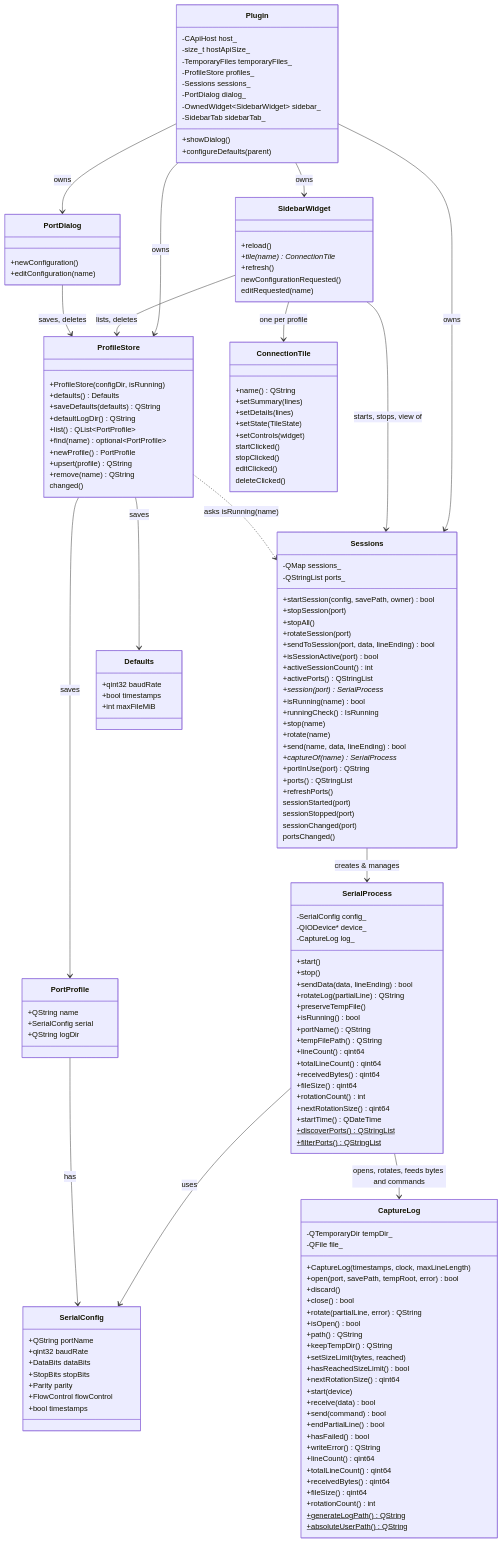
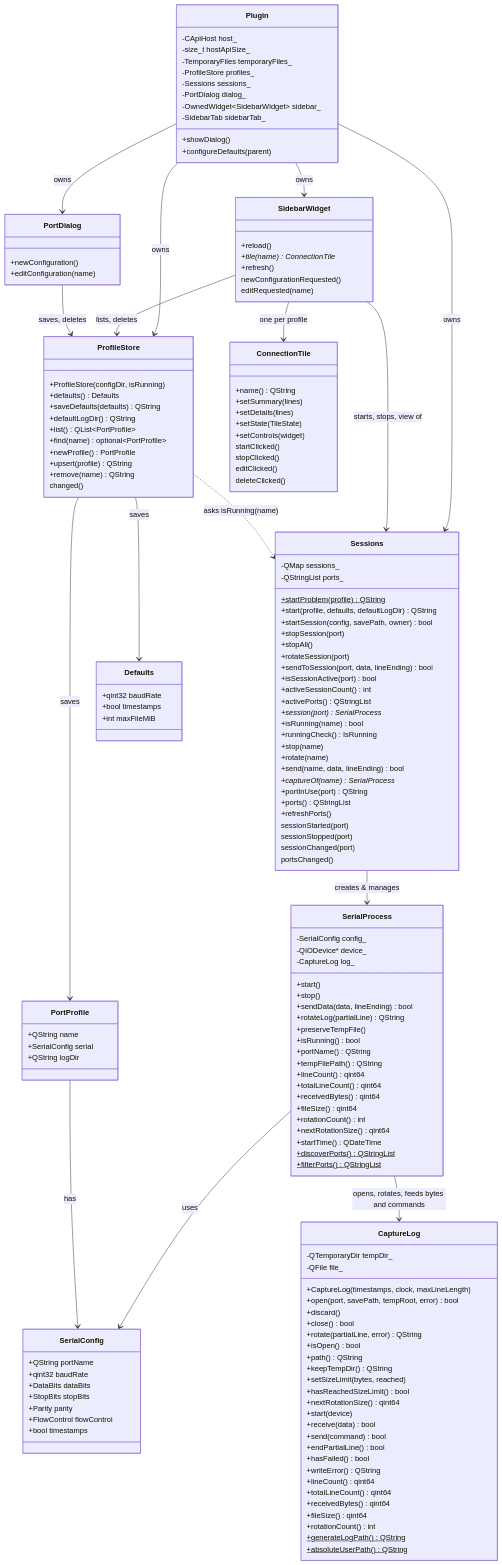
The second of 2 diagrams in docs/DEVELOPER_GUIDE.md (64x-lunicorn/LogSquirl-Serial), drawn with Mermaid before and after one commit. The commit also changed other lines of this file and 12 other files, not shown here.

First line of the commit message:
Start a capture from a profile in one call (#61)

```diff
--- a/docs/DEVELOPER_GUIDE.md
+++ b/docs/DEVELOPER_GUIDE.md
@@ -142,6 +142,8 @@
     class Sessions {
         -QMap sessions_
         -QStringList ports_
+        +startProblem(profile)$ QString
+        +start(profile, defaults, defaultLogDir) QString
         +startSession(config, savePath, owner) bool
         +stopSession(port)
         +stopAll()
```
